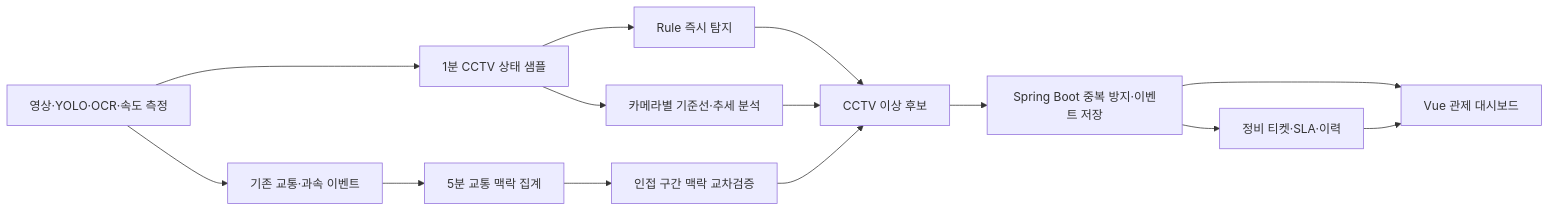
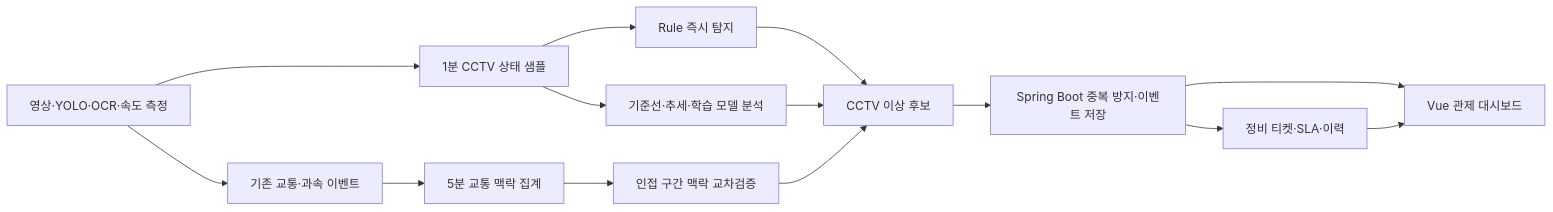
One commit to angela860807/Traffic_Analytics_Proposal changed the diagram in docs/phase2-predictive-maintenance/01_요구사항_정의서.md. Above: the diagram before and after it, drawn with Mermaid. The commit also changed other lines of this file and 7 other files, not shown here.

````diff
--- a/docs/phase2-predictive-maintenance/01_요구사항_정의서.md
+++ b/docs/phase2-predictive-maintenance/01_요구사항_정의서.md
@@ -84,16 +85,16 @@
 ```mermaid
 flowchart LR
     A["영상·YOLO·OCR·속도 측정"] --> B["1분 CCTV 상태 샘플"]
     A --> C["기존 교통·과속 이벤트"]
     C --> D["5분 교통 맥락 집계"]
     B --> E["Rule 즉시 탐지"]
-    B --> F["카메라별 기준선·추세 분석"]
+    B --> F["기준선·추세·학습 모델 분석"]
     D --> G["인접 구간 맥락 교차검증"]
     E --> H["CCTV 이상 후보"]
     F --> H
     G --> H
     H --> I["Spring Boot 중복 방지·이벤트 저장"]
     I --> J["정비 티켓·SLA·이력"]
     I --> K["Vue 관제 대시보드"]
     J --> K
 ```
````
